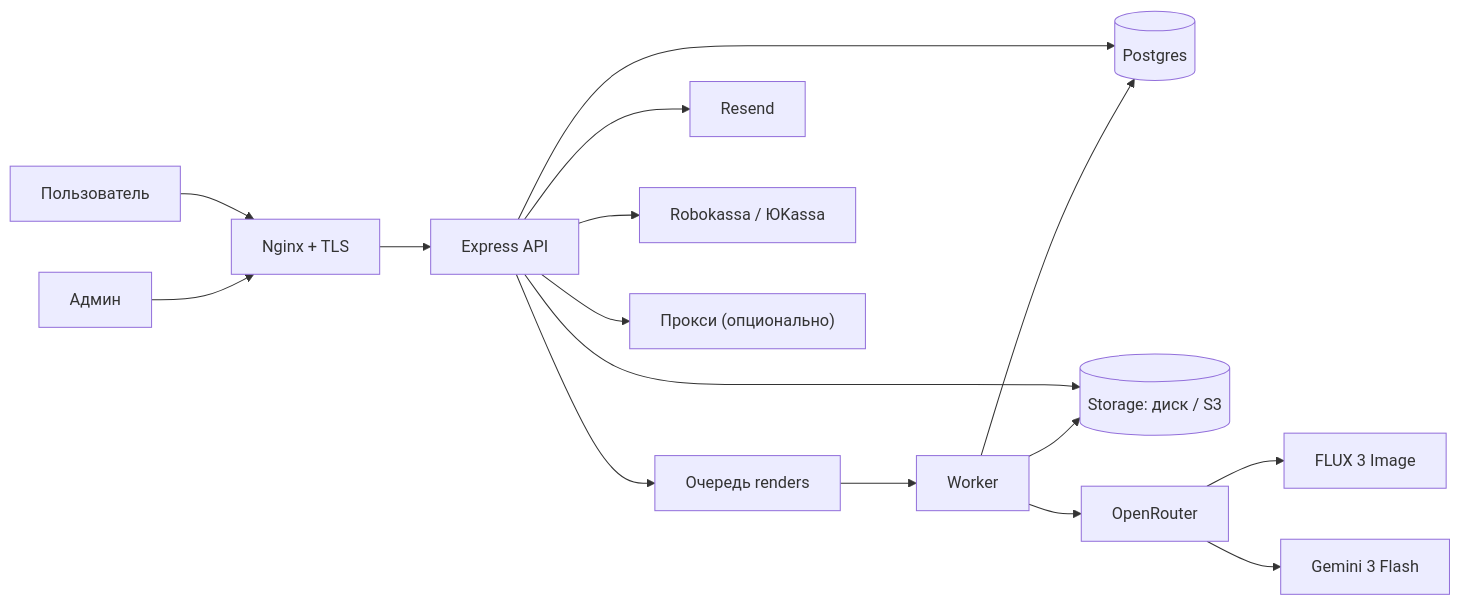
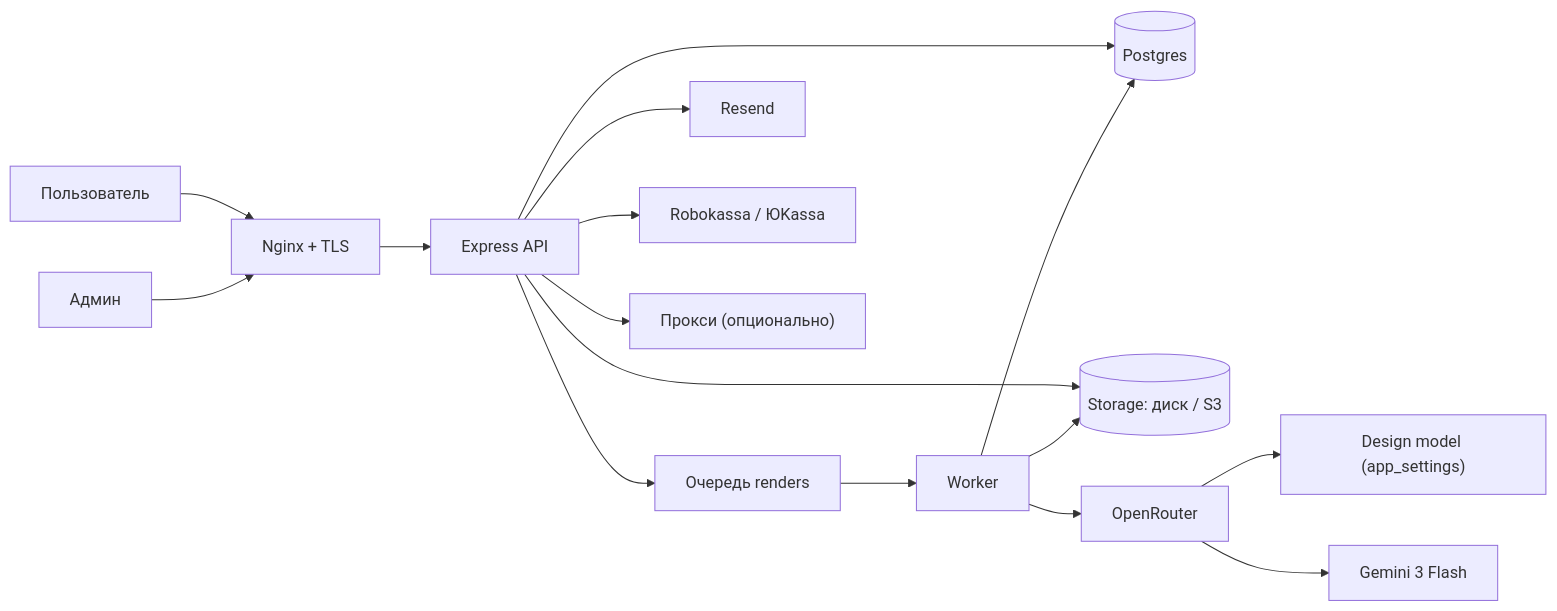
Before and after one commit to oblacko/remontvision: the first of 2 diagrams in docs/ARCHITECTURE.md, drawn with Mermaid. The commit also changed 29 other files, not shown here.

````diff
--- a/docs/ARCHITECTURE.md
+++ b/docs/ARCHITECTURE.md
@@ -7,18 +7,18 @@
 ```mermaid
 flowchart LR
   U["Пользователь"] --> N["Nginx + TLS"]
   A["Админ"] --> N
   N --> E["Express API"]
   E --> P[("Postgres")]
   E --> F[("Storage: диск / S3")]
   E --> Q["Очередь renders"]
   Q --> W["Worker"]
   W --> P
   W --> F
   W --> O["OpenRouter"]
-  O --> S["FLUX 3 Image"]
+  O --> S["Design model (app_settings)"]
   O --> G["Gemini 3 Flash"]
   E --> R["Resend"]
   E --> Y["Robokassa / ЮKassa"]
   E --> X["Прокси (опционально)"]
 ```
````
